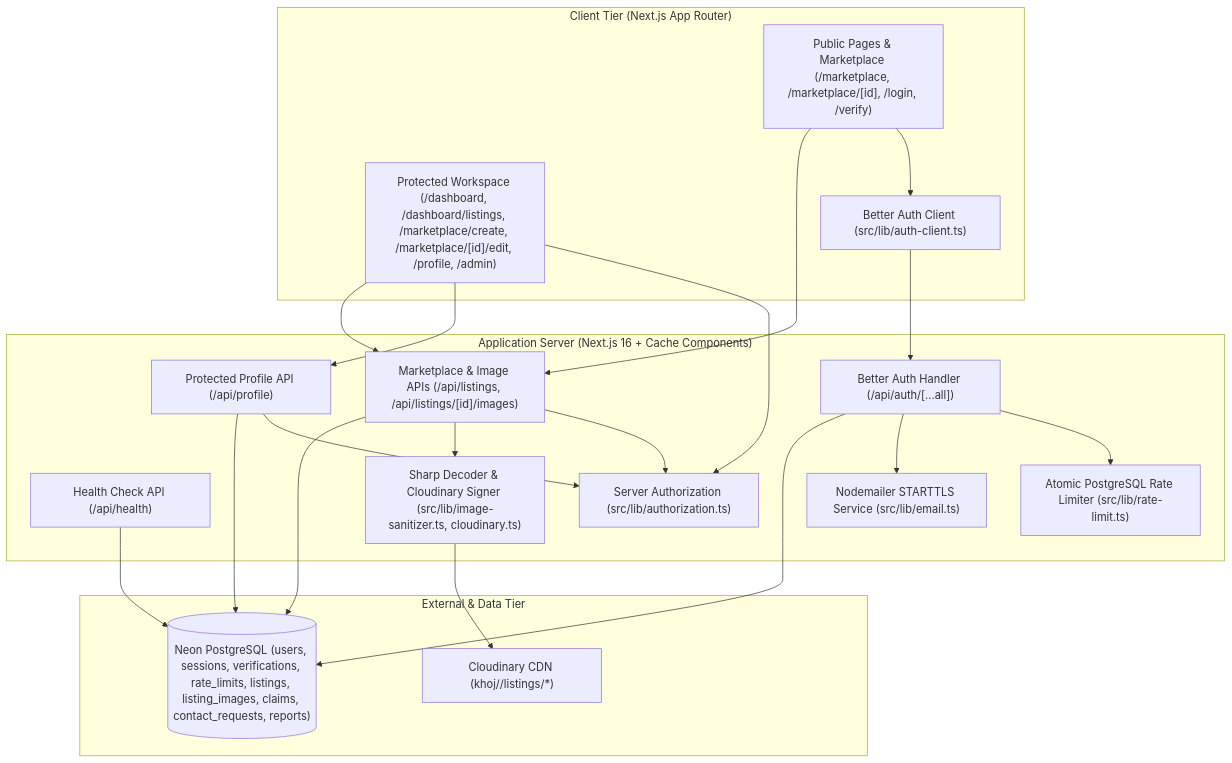
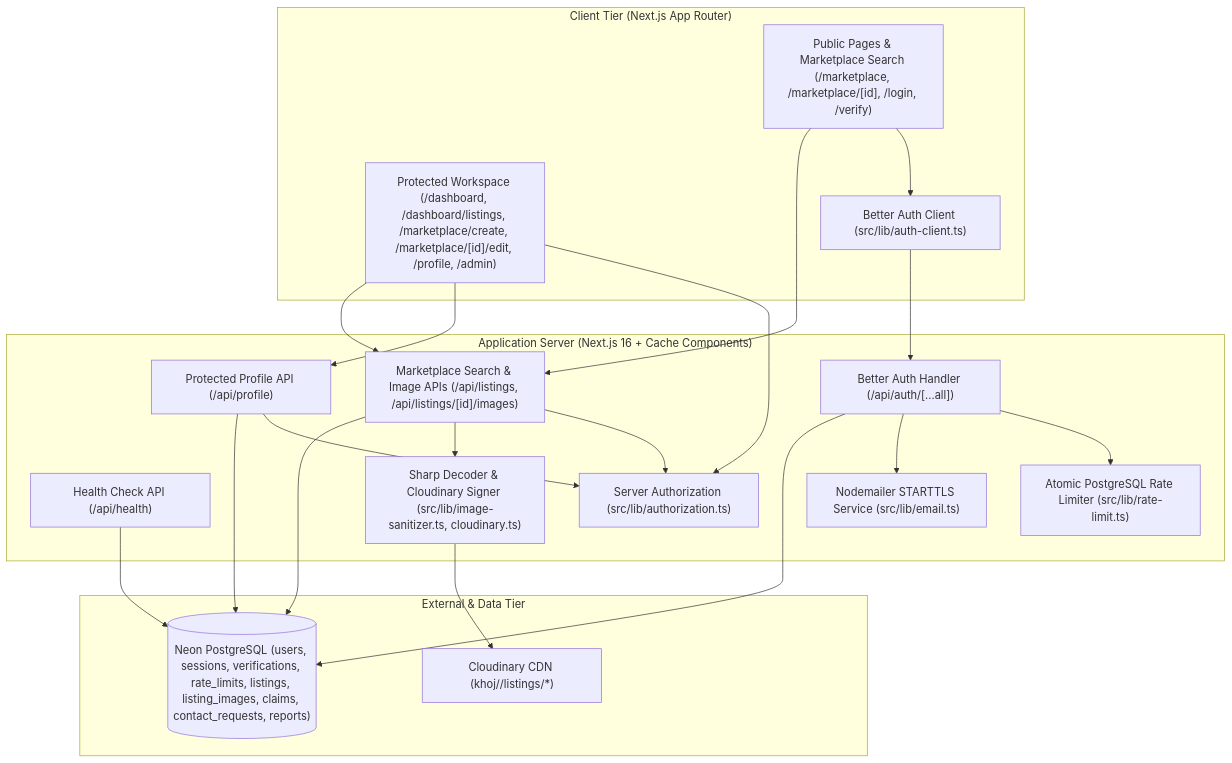
One commit to Saswata2006/Khoj changed the diagram in README.md. Above: the diagram before and after it, drawn with Mermaid. The commit also changed other lines of this file and 27 other files, not shown here.

Commit message:
feat(search): implement advanced marketplace discovery and CI pipeline

````diff
--- a/README.md
+++ b/README.md
@@ -27,41 +30,41 @@
 ```mermaid
 flowchart TD
     subgraph Client["Client Tier (Next.js App Router)"]
-        Landing["Public Pages & Marketplace (/marketplace, /marketplace/[id], /login, /verify)"]
+        Landing["Public Pages & Marketplace Search (/marketplace, /marketplace/[id], /login, /verify)"]
         ProtectedUI["Protected Workspace (/dashboard, /dashboard/listings, /marketplace/create, /marketplace/[id]/edit, /profile, /admin)"]
         AuthClient["Better Auth Client (src/lib/auth-client.ts)"]
     end
 
     subgraph Server["Application Server (Next.js 16 + Cache Components)"]
         AuthAPI["Better Auth Handler (/api/auth/[...all])"]
-        MarketplaceAPI["Marketplace & Image APIs (/api/listings, /api/listings/[id]/images)"]
+        MarketplaceAPI["Marketplace Search & Image APIs (/api/listings, /api/listings/[id]/images)"]
         ProfileAPI["Protected Profile API (/api/profile)"]
         HealthAPI["Health Check API (/api/health)"]
         AuthZ["Server Authorization (src/lib/authorization.ts)"]
         ImageSanitizer["Sharp Decoder & Cloudinary Signer (src/lib/image-sanitizer.ts, cloudinary.ts)"]
         EmailSvc["Nodemailer STARTTLS Service (src/lib/email.ts)"]
         RateLimiter["Atomic PostgreSQL Rate Limiter (src/lib/rate-limit.ts)"]
     end
 
     subgraph Persistence["External & Data Tier"]
         DB[("Neon PostgreSQL (users, sessions, verifications, rate_limits, listings, listing_images, claims, contact_requests, reports)")]
         CDN["Cloudinary CDN (khoj/<env>/listings/*)"]
     end
 
     Landing --> AuthClient
     Landing --> MarketplaceAPI
     ProtectedUI --> AuthZ
     ProtectedUI --> ProfileAPI
     ProtectedUI --> MarketplaceAPI
     AuthClient --> AuthAPI
     AuthAPI --> RateLimiter
     AuthAPI --> EmailSvc
     AuthAPI --> DB
     MarketplaceAPI --> AuthZ
     MarketplaceAPI --> ImageSanitizer
     ImageSanitizer --> CDN
     MarketplaceAPI --> DB
     ProfileAPI --> AuthZ
     ProfileAPI --> DB
     HealthAPI --> DB
 ```
````
